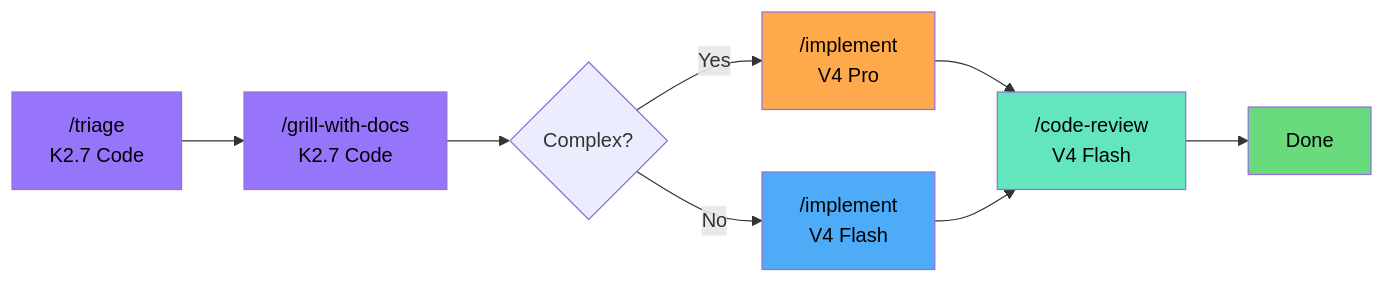
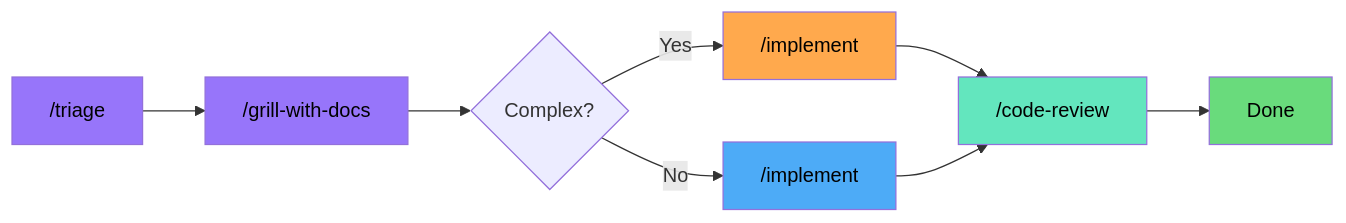
One commit to elisharkray1030/ai-coding-workflow changed the eighth of 12 diagrams in README.md. Above: the diagram before and after it, drawn with Mermaid. The commit also changed other lines of this file, not shown here.

First line of the commit message:
refactor: Flash-first routing with per-use-case escalation

````diff
--- a/README.md
+++ b/README.md
@@ -203,22 +249,22 @@
 ```mermaid
 graph LR
-    TR[ /triage<br/>K2.7 Code] --> IN[ /grill-with-docs<br/>K2.7 Code]
+    TR[ /triage] --> IN[ /grill-with-docs]
     IN --> D{Complex?}
-    D -->|Yes| IC[ /implement<br/>V4 Pro]
-    D -->|No| IS[ /implement<br/>V4 Flash]
-    IC --> CR[ /code-review<br/>V4 Flash]
+    D -->|Yes| IC[ /implement]
+    D -->|No| IS[ /implement]
+    IC --> CR[ /code-review]
     IS --> CR
     CR --> DN[Done]
 
     classDef purple fill:#9775fa,color:#000
     classDef green fill:#69db7c,color:#000
     classDef blue fill:#4dabf7,color:#000
     classDef orange fill:#ffa94d,color:#000
     classDef teal fill:#63e6be,color:#000
 
     class TR,IN purple
     class IS blue
     class IC orange
     class CR teal
     class DN green
 ```
````
